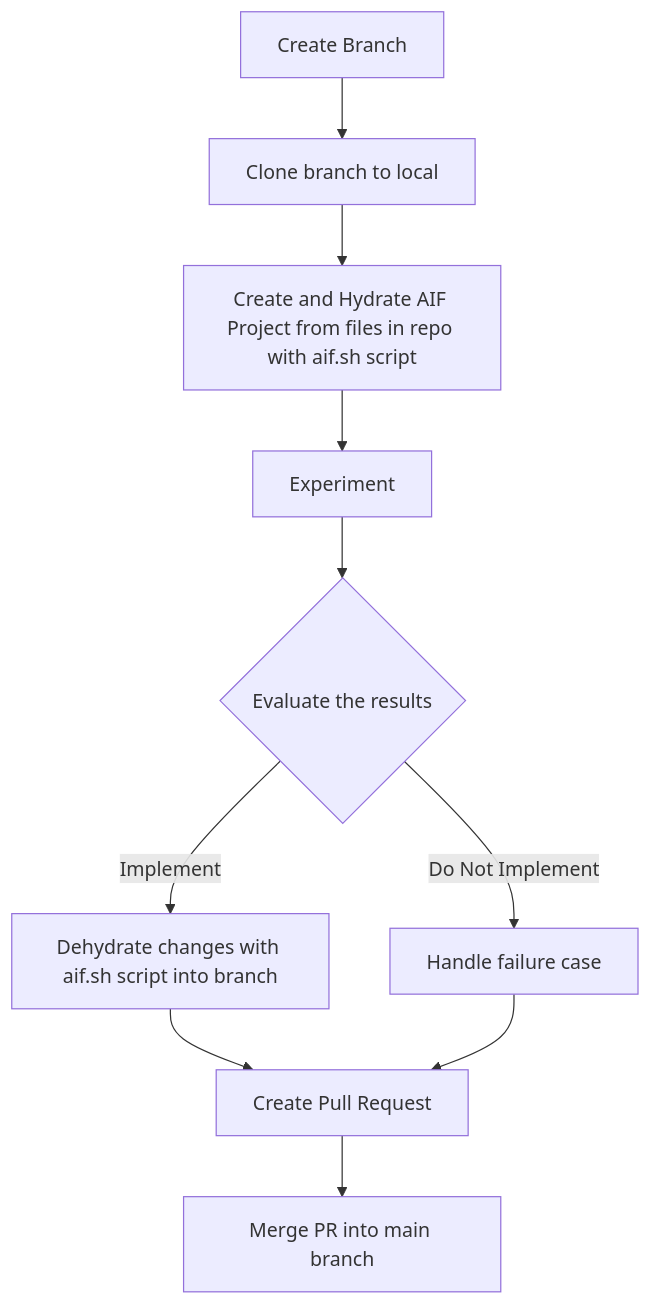
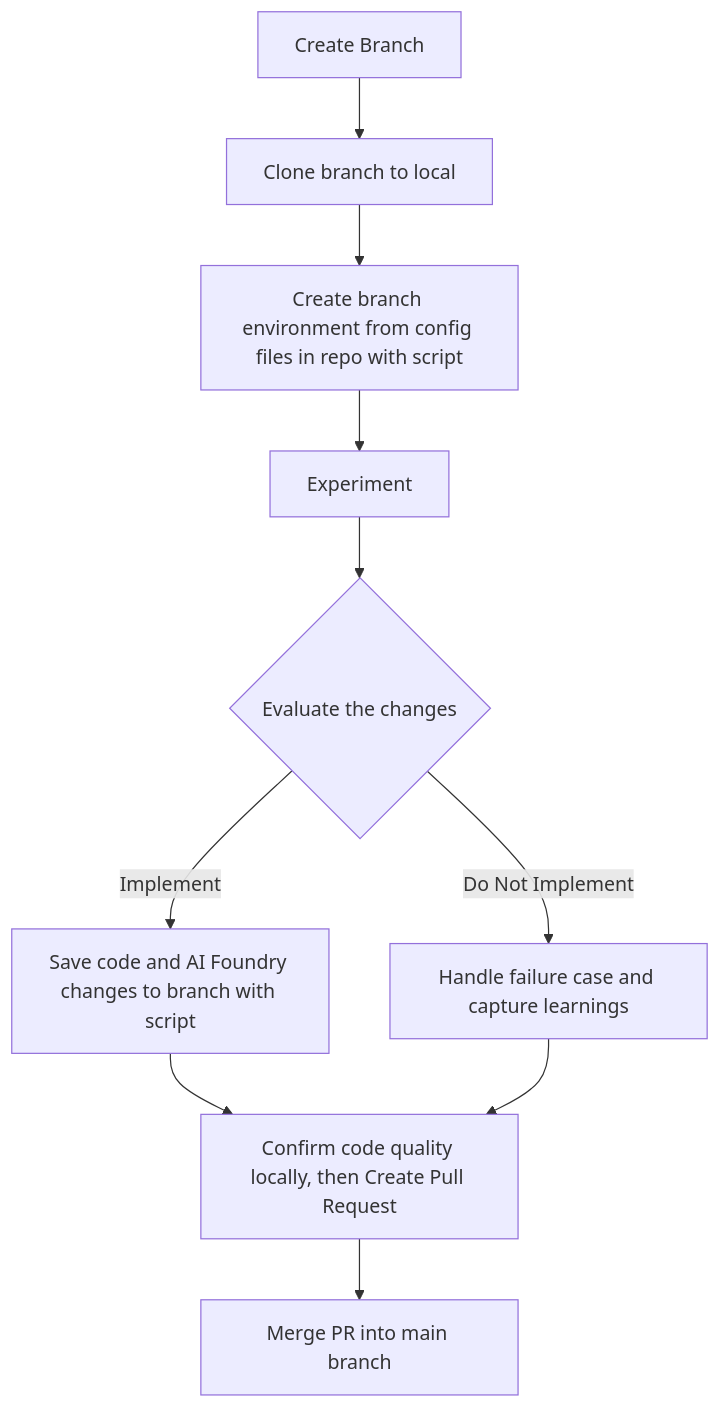
One commit to peteroden/aif-workflow-helper changed the diagram in docs/dev_workflow.md. Above: the diagram before and after it, drawn with Mermaid. The commit also changed other lines of this file and 23 other files, not shown here.

````diff
--- a/docs/dev_workflow.md
+++ b/docs/dev_workflow.md
@@ -5,12 +13,12 @@
 ```mermaid
 graph TD
   CreateBranch[Create Branch] --> Clone[Clone branch to local]
-  Clone --> HydrateProject[Create and Hydrate AIF Project from files in repo with aif.sh script]
+  Clone --> HydrateProject[Create branch environment from config files in repo with script]
   HydrateProject --> Experiment
-  Experiment --> Evaluate{Evaluate the results}
-  Evaluate -->|Implement| Save[Dehydrate changes with aif.sh script into branch]
-  Evaluate -->|Do Not Implement| DoNotSave[Handle failure case]
-  Save --> PR
+  Experiment --> Evaluate{Evaluate the changes}
+  Evaluate -->|Implement| Save[Save code and AI Foundry changes to branch with script]
+  Evaluate -->|Do Not Implement| DoNotSave[Handle failure case and capture learnings]
+  Save --> PR 
   DoNotSave --> PR
-  PR[Create Pull Request] --> Merge[Merge PR into main branch]
+  PR[Confirm code quality locally, then Create Pull Request] --> Merge[Merge PR into main branch]
 ```
````
